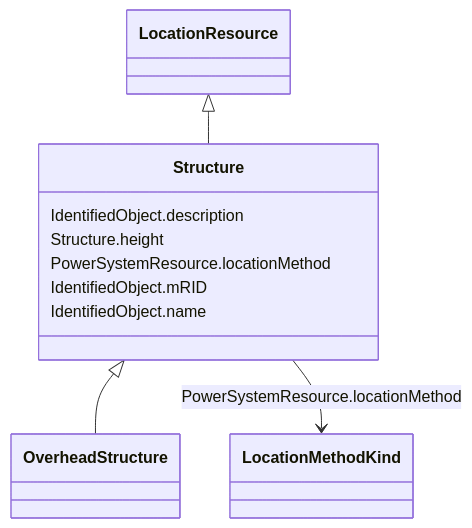
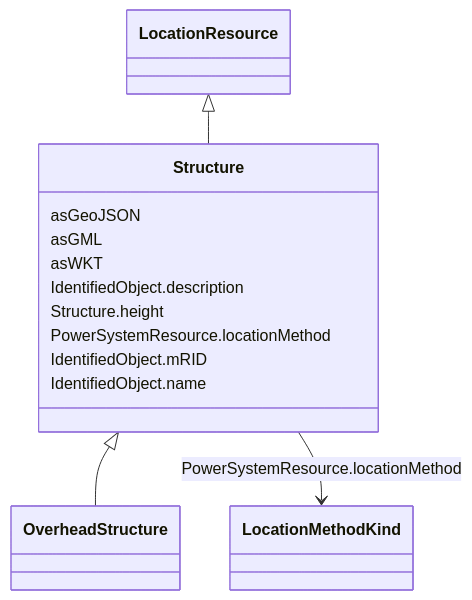
The diagram in docs/AviationObstacle/Structure.md (3lbits/NoCIMExtensions), drawn with Mermaid before and after one commit. The commit also changed other lines of this file and 34 other files, not shown here.

````diff
--- a/docs/AviationObstacle/Structure.md
+++ b/docs/AviationObstacle/Structure.md
@@ -18,27 +18,33 @@
 ```mermaid
  classDiagram
     class Structure
     click Structure href "../Structure"
       LocationResource <|-- Structure
         click LocationResource href "../LocationResource"
       
 
       Structure <|-- OverheadStructure
         click OverheadStructure href "../OverheadStructure"
       
       
+      Structure : asGeoJSON
+        
+      Structure : asGML
+        
+      Structure : asWKT
+        
       Structure : IdentifiedObject.description
         
       Structure : Structure.height
         
       Structure : PowerSystemResource.locationMethod
         
           Structure --> LocationMethodKind : PowerSystemResource.locationMethod
           click LocationMethodKind href "../LocationMethodKind"
         
       Structure : IdentifiedObject.mRID
         
       Structure : IdentifiedObject.name
         
       
 ```
````
